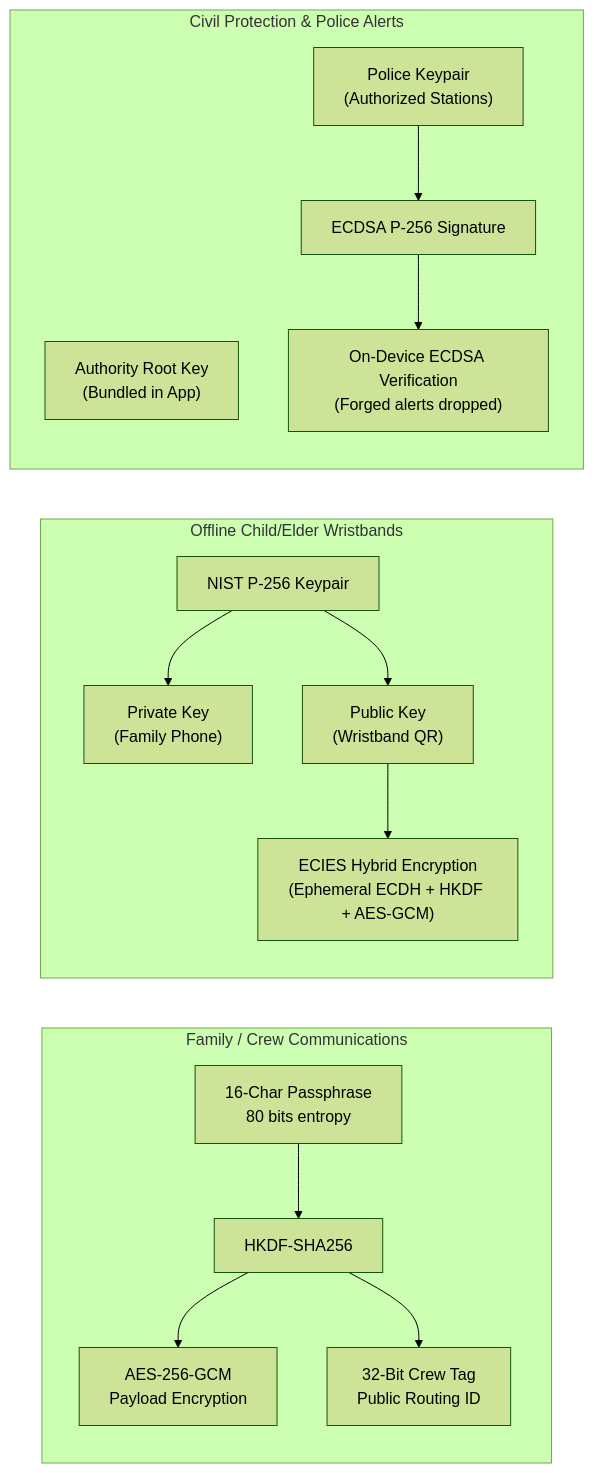
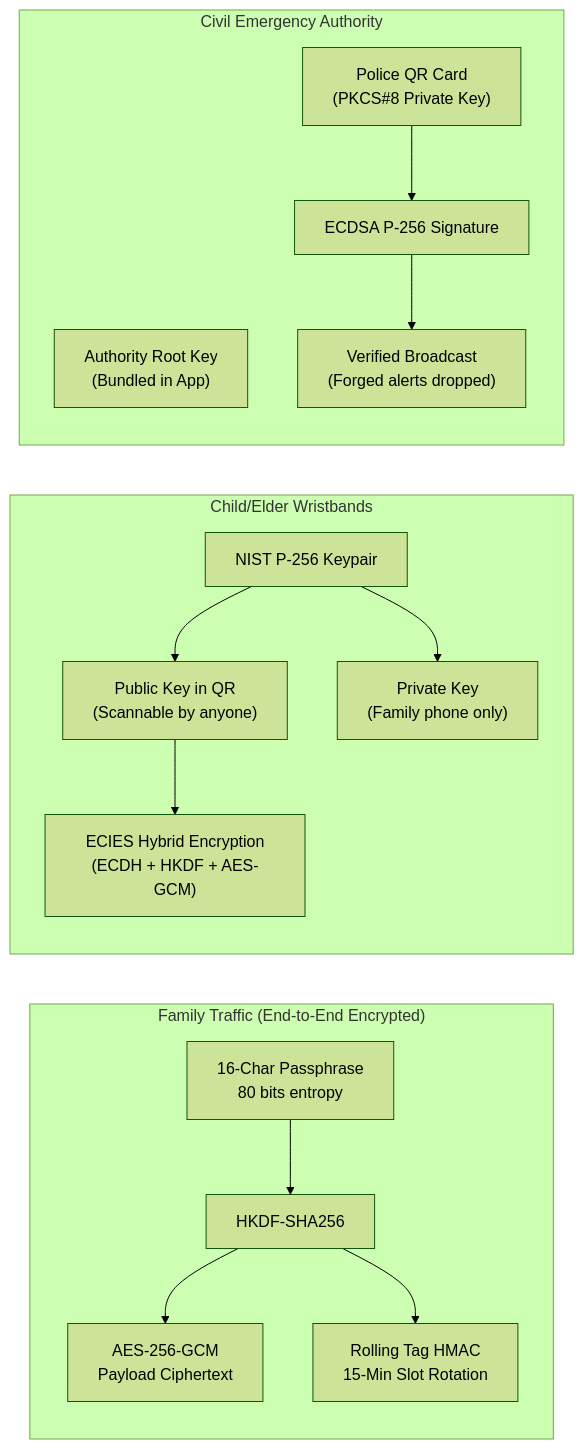
The third of 3 diagrams in README.md (aadityaa0523/KHOJ), drawn with Mermaid (forest theme) before and after one commit. The commit also changed other lines of this file and 1 other file, not shown here.

````diff
--- a/README.md
+++ b/README.md
@@ -268,20 +384,20 @@
 ```mermaid
 flowchart LR
-    subgraph Crew_Traffic["Family / Crew Communications"]
-        C_KEY["16-Char Passphrase<br/>80 bits entropy"] --> HKDF["HKDF-SHA256"]
-        HKDF --> AES["AES-256-GCM<br/>Payload Encryption"]
-        HKDF --> TAG["32-Bit Crew Tag<br/>Public Routing ID"]
+    subgraph Family_Security["Family Traffic (End-to-End Encrypted)"]
+        PASS["16-Char Passphrase<br/>80 bits entropy"] --> HKDF["HKDF-SHA256"]
+        HKDF --> AES["AES-256-GCM<br/>Payload Ciphertext"]
+        HKDF --> ROT["Rolling Tag HMAC<br/>15-Min Slot Rotation"]
     end
 
-    subgraph Wristbands["Offline Child/Elder Wristbands"]
-        PAIR["NIST P-256 Keypair"] --> PRIV["Private Key<br/>(Family Phone)"]
-        PAIR --> PUB["Public Key<br/>(Wristband QR)"]
-        PUB --> ECIES["ECIES Hybrid Encryption<br/>(Ephemeral ECDH + HKDF + AES-GCM)"]
+    subgraph Wristband_Security["Child/Elder Wristbands"]
+        PAIR["NIST P-256 Keypair"] --> PUB["Public Key in QR<br/>(Scannable by anyone)"]
+        PAIR --> PRIV["Private Key<br/>(Family phone only)"]
+        PUB --> ECIES["ECIES Hybrid Encryption<br/>(ECDH + HKDF + AES-GCM)"]
     end
 
-    subgraph Authority["Civil Protection & Police Alerts"]
+    subgraph Authority_Security["Civil Emergency Authority"]
         ROOT["Authority Root Key<br/>(Bundled in App)"]
-        ADMIN["Police Keypair<br/>(Authorized Stations)"] --> SIGN["ECDSA P-256 Signature"]
-        SIGN --> VERIFY["On-Device ECDSA Verification<br/>(Forged alerts dropped)"]
+        STATION["Police QR Card<br/>(PKCS#8 Private Key)"] --> SIGN["ECDSA P-256 Signature"]
+        SIGN --> VERIFY["Verified Broadcast<br/>(Forged alerts dropped)"]
     end
 ```
````
